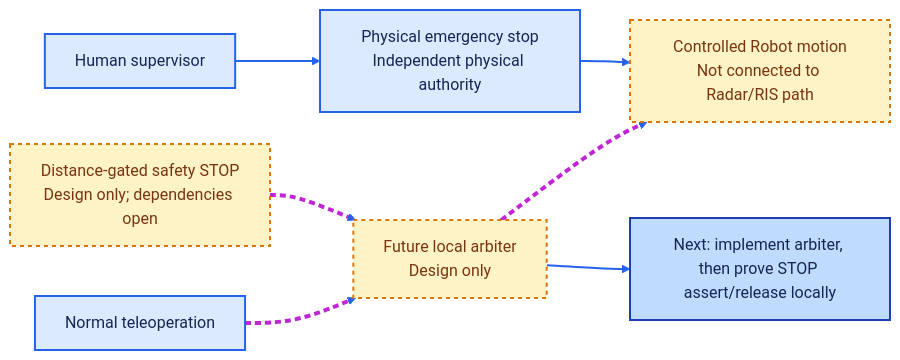
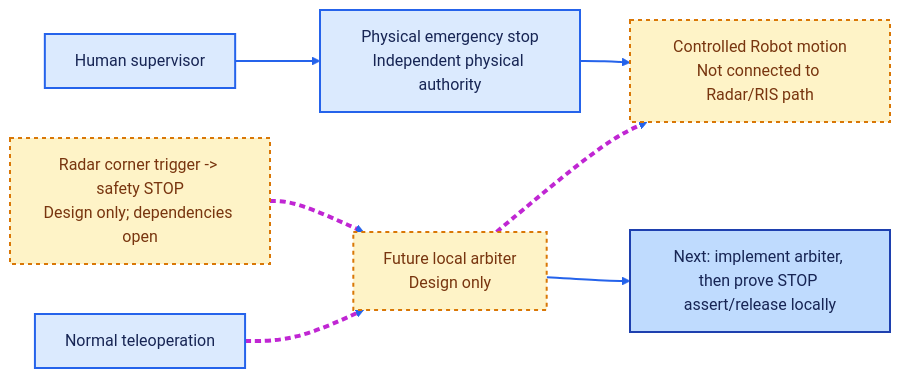
Diagram 16 of 22 in docs/architecture/system/progress.md (kirolossedra/RIS-Robotics), drawn with Mermaid (neutral theme) before and after one commit. The commit also changed other lines of this file and 27 other files, not shown here.

Commit message:
docs: specify Husky corner proximity trigger protocol

````diff
--- a/docs/architecture/system/progress.md
+++ b/docs/architecture/system/progress.md
@@ -331,17 +354,17 @@
 ```mermaid
 flowchart LR
     TELEOP["Normal teleoperation"] --> ARBITER["Future local arbiter<br/>Design only"] --> MOTION["Controlled Robot motion<br/>Not connected to Radar/RIS path"]
-    SAFETY["Distance-gated safety STOP<br/>Design only; dependencies open"] --> ARBITER
+    SAFETY["Radar corner trigger -> safety STOP<br/>Design only; dependencies open"] --> ARBITER
     ESTOP["Physical emergency stop<br/>Independent physical authority"] --> MOTION
     SUPERVISOR["Human supervisor"] --> ESTOP
     ARBITER --> NEXT["Next: implement arbiter, then prove STOP assert/release locally"]
 
     classDef done fill:#dbeafe,stroke:#2563eb,color:#172554,stroke-width:2px;
     classDef planned fill:#fef3c7,stroke:#d97706,color:#78350f,stroke-width:2px,stroke-dasharray:4 4;
     classDef next fill:#bfdbfe,stroke:#1e40af,color:#172554,stroke-width:2px;
     class TELEOP,ESTOP,SUPERVISOR done;
     class ARBITER,MOTION,SAFETY planned;
     class NEXT next;
     linkStyle default stroke:#2563eb,stroke-width:2px;
     linkStyle 0,1,2 stroke:#c026d3,stroke-width:4px,stroke-dasharray:6 4;
 ```
````
